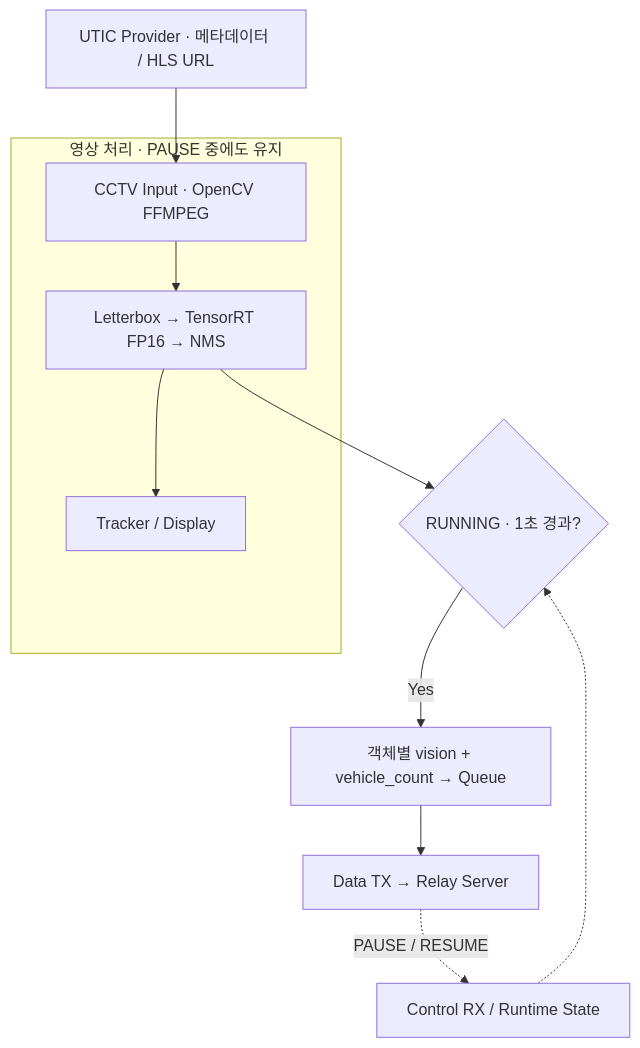
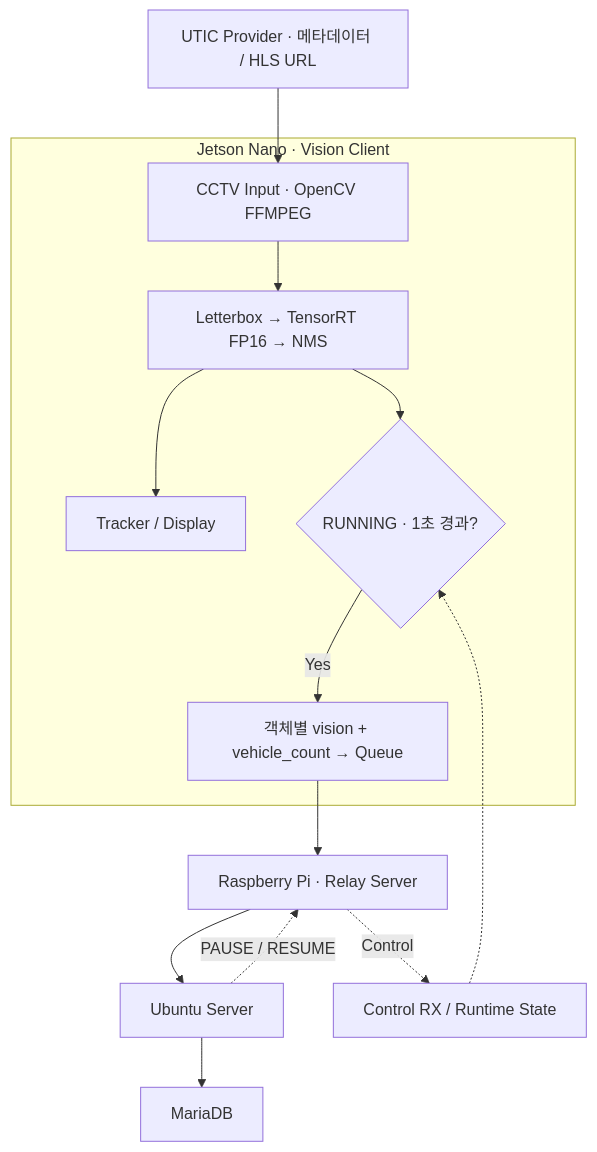
Before and after one commit to triton0305/jetson-traffic-cctv-vision: the diagram in README.md, drawn with Mermaid. The commit also changed other lines of this file, not shown here.

Commit message:
Revise flowchart and update data flow descriptions
Updated flowchart in README.md to reflect changes in the processing pipeline and added details about data flow and control mechanisms.

````diff
--- a/README.md
+++ b/README.md
@@ -80,13 +80,19 @@
 ```mermaid
 flowchart TD
     A["UTIC Provider · 메타데이터 / HLS URL"] --> B["CCTV Input · OpenCV FFMPEG"]
-    subgraph V["영상 처리 · PAUSE 중에도 유지"]
+
+    subgraph V["Jetson Nano · Vision Client"]
         B --> C["Letterbox → TensorRT FP16 → NMS"]
         C --> D["Tracker / Display"]
+        C --> E{"RUNNING · 1초 경과?"}
+        E -->|Yes| F["객체별 vision + vehicle_count → Queue"]
     end
-    C --> E{"RUNNING · 1초 경과?"}
-    E -->|Yes| F["객체별 vision + vehicle_count → Queue"]
-    F --> G["Data TX → Relay Server"]
-    G -.->|PAUSE / RESUME| H["Control RX / Runtime State"]
+
+    F --> G["Raspberry Pi · Relay Server"]
+    G --> U["Ubuntu Server"]
+    U --> M["MariaDB"]
+
+    U -.->|PAUSE / RESUME| G
+    G -.->|Control| H["Control RX / Runtime State"]
     H -.-> E
 ```
````
